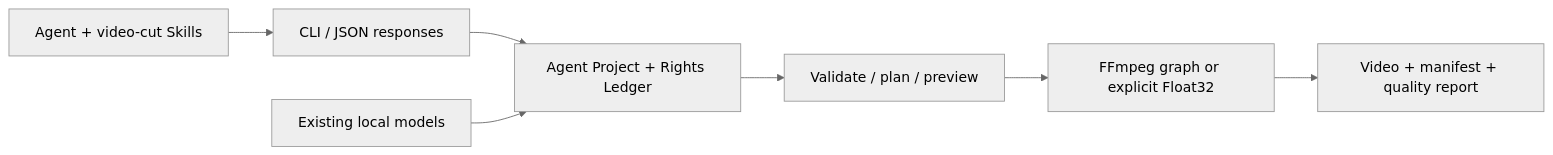
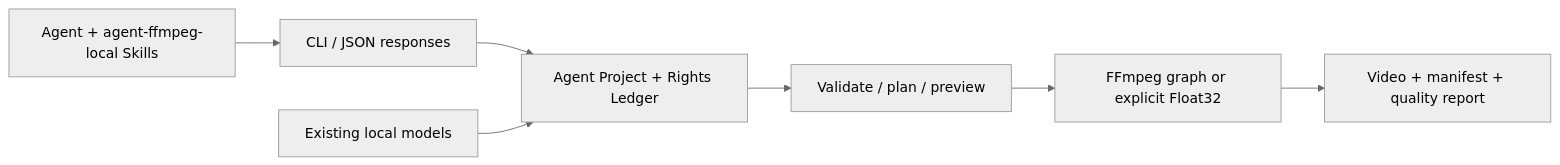
Before and after one commit to Tonscriptions/agent-video-kit: the diagram in README.en.md, drawn with Mermaid (neutral theme). The commit also changed other lines of this file and 195 other files, not shown here.

Commit message:
Install pinned local release and register agent-ffmpeg-local Skills

````diff
--- a/README.en.md
+++ b/README.en.md
@@ -15,9 +15,9 @@
 ```mermaid
 flowchart LR
-  A[Agent + video-cut Skills] --> B[CLI / JSON responses]
+  A[Agent + agent-ffmpeg-local Skills] --> B[CLI / JSON responses]
   B --> C[Agent Project + Rights Ledger]
   C --> D[Validate / plan / preview]
   D --> E[FFmpeg graph or explicit Float32]
   E --> F[Video + manifest + quality report]
   G[Existing local models] --> C
 ```
````
